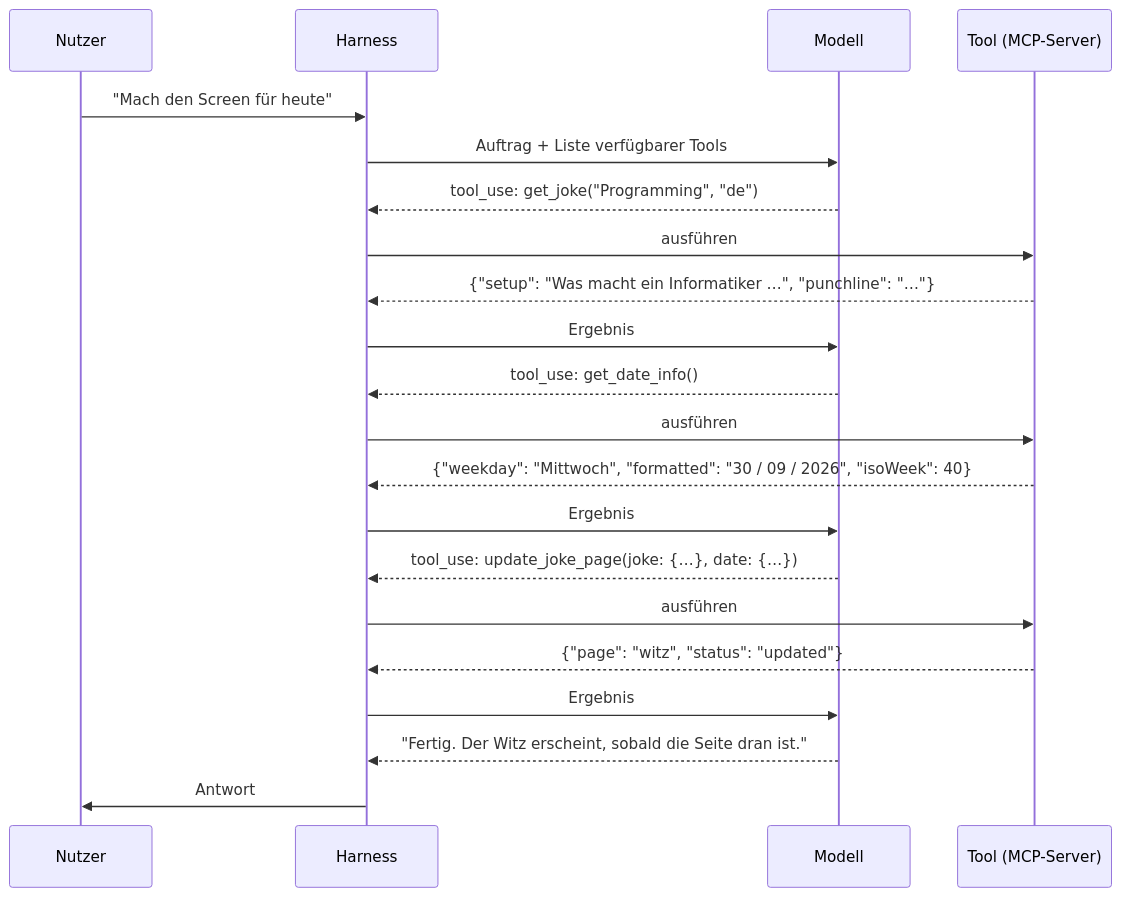
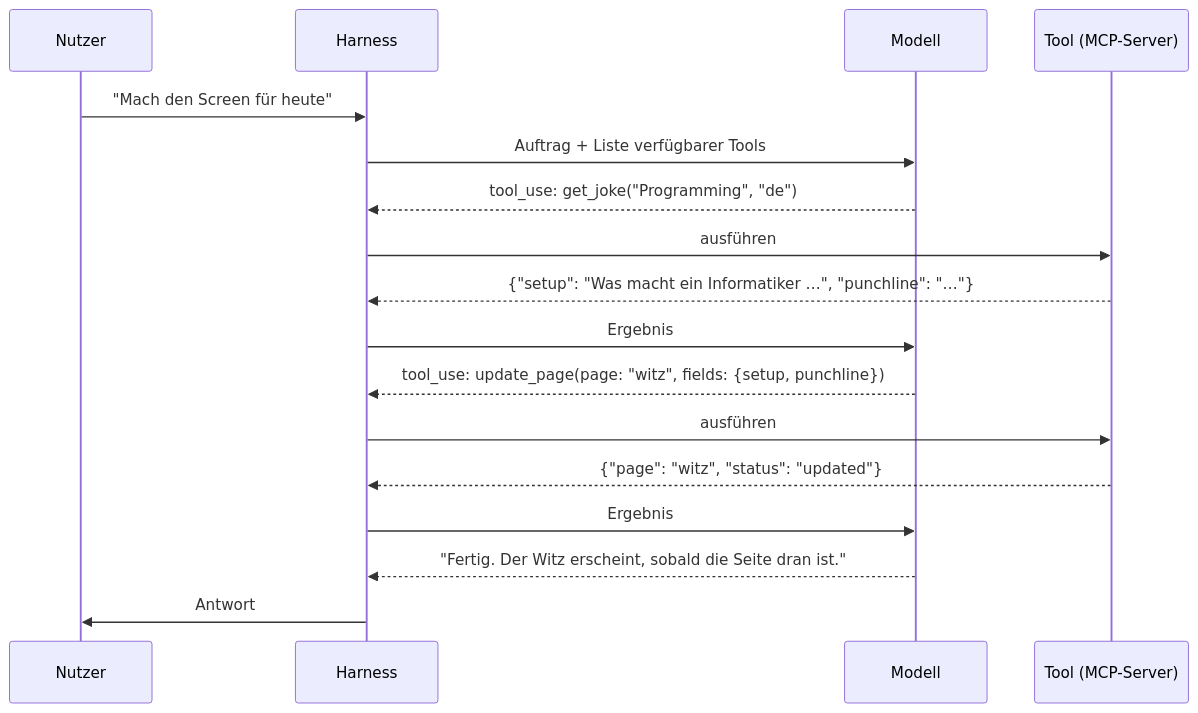
Before and after one commit to Stiriacus/TRMNL-MCP: the diagram in docs-guide/01-bausteine.md, drawn with Mermaid. The commit also changed 14 other files, not shown here.

First line of the commit message:
Witz-Tool und show_message in update_page aufgegangen

````diff
--- a/docs-guide/01-bausteine.md
+++ b/docs-guide/01-bausteine.md
@@ -26,23 +26,19 @@
 ```mermaid
 sequenceDiagram
     participant U as Nutzer
     participant H as Harness
     participant M as Modell
     participant T as Tool (MCP-Server)
     U->>H: "Mach den Screen für heute"
     H->>M: Auftrag + Liste verfügbarer Tools
     M-->>H: tool_use: get_joke("Programming", "de")
     H->>T: ausführen
     T-->>H: {"setup": "Was macht ein Informatiker …", "punchline": "…"}
     H->>M: Ergebnis
-    M-->>H: tool_use: get_date_info()
-    H->>T: ausführen
-    T-->>H: {"weekday": "Mittwoch", "formatted": "30 / 09 / 2026", "isoWeek": 40}
-    H->>M: Ergebnis
-    M-->>H: tool_use: update_joke_page(joke: {…}, date: {…})
+    M-->>H: tool_use: update_page(page: "witz", fields: {setup, punchline})
     H->>T: ausführen
     T-->>H: {"page": "witz", "status": "updated"}
     H->>M: Ergebnis
     M-->>H: "Fertig. Der Witz erscheint, sobald die Seite dran ist."
     H->>U: Antwort
 ```
````
